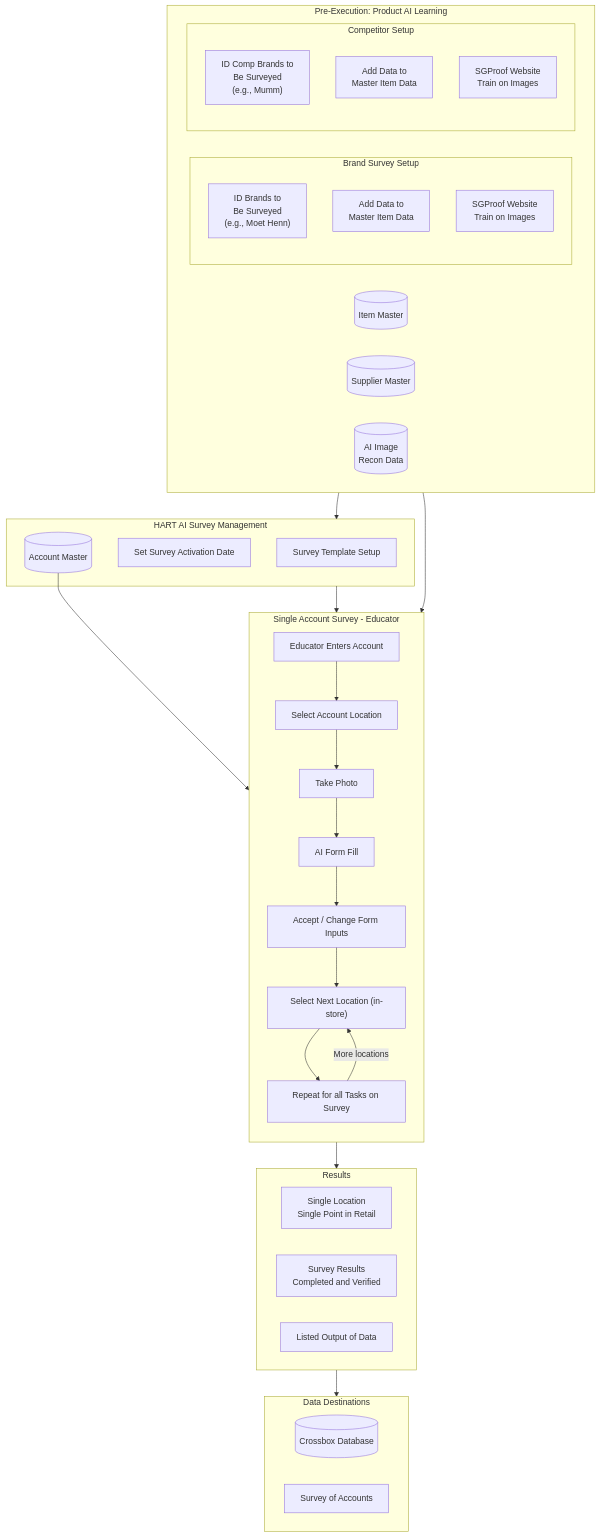
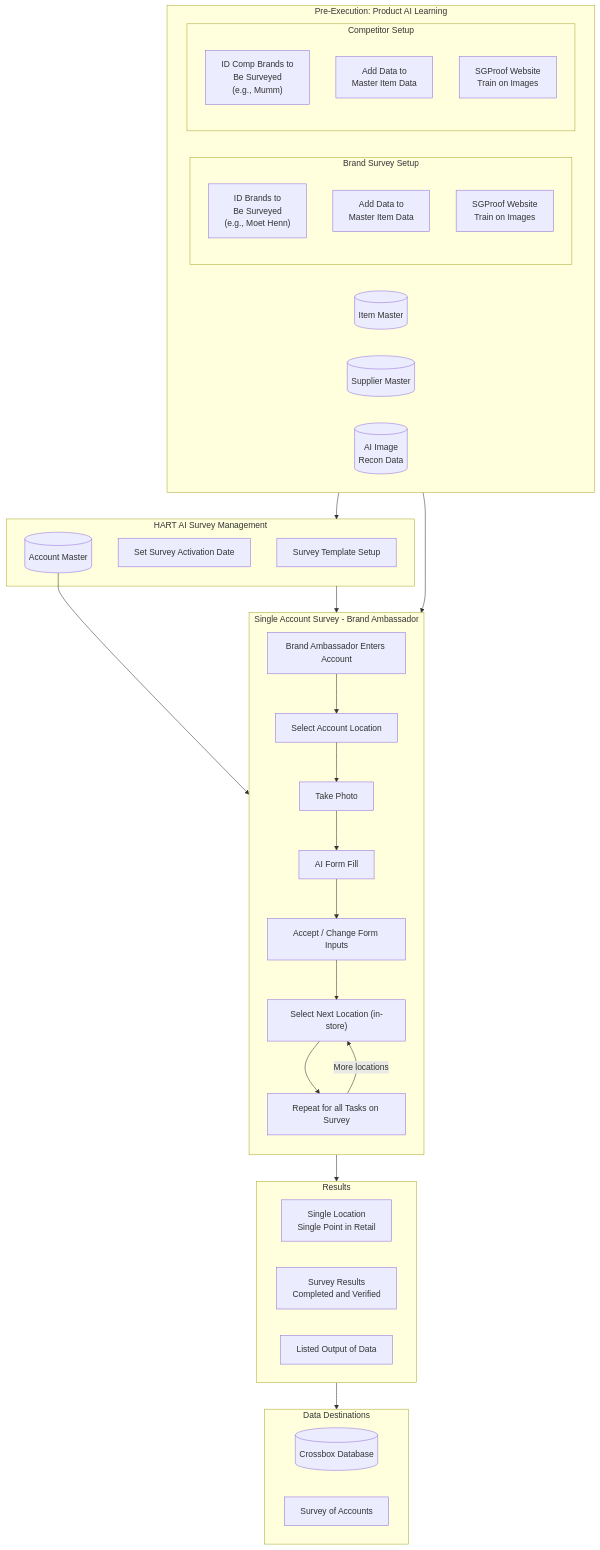
One commit to rafaeelricco/Hartopsprototype changed the fourth of 15 diagrams in docs/for-llms/hart-sharepoint/tech-vision-diagram.md. Above: the diagram before and after it, drawn with Mermaid. The commit also changed other lines of this file and 15 other files, not shown here.

````diff
--- a/docs/for-llms/hart-sharepoint/tech-vision-diagram.md
+++ b/docs/for-llms/hart-sharepoint/tech-vision-diagram.md
@@ -172,56 +172,56 @@
 ```mermaid
 flowchart TB
     subgraph PRE_EXECUTION["Pre-Execution: Product AI Learning"]
         direction LR
         subgraph BRAND_SURVEY["Brand Survey Setup"]
             ID_BRANDS["ID Brands to<br/>Be Surveyed<br/>(e.g., Moet Henn)"]
             ADD_MASTER["Add Data to<br/>Master Item Data"]
             SGPROOF1["SGProof Website<br/>Train on Images"]
         end
         subgraph COMP_SURVEY["Competitor Setup"]
             ID_COMP["ID Comp Brands to<br/>Be Surveyed<br/>(e.g., Mumm)"]
             ADD_COMP["Add Data to<br/>Master Item Data"]
             SGPROOF2["SGProof Website<br/>Train on Images"]
         end
         ITEM_MASTER[("Item Master")]
         SUPPLIER_MASTER[("Supplier Master")]
         AI_RECON1[("AI Image<br/>Recon Data")]
     end
 
     subgraph SURVEY_MGMT["HART AI Survey Management"]
         SETUP["Survey Template Setup"]
         SET_DATE["Set Survey Activation Date"]
         ACCT_MASTER[("Account Master")]
     end
 
-    subgraph EDUCATOR_FLOW["Single Account Survey - Educator"]
+    subgraph EDUCATOR_FLOW["Single Account Survey - Brand Ambassador"]
         direction TB
-        E1["Educator Enters Account"]
+        E1["Brand Ambassador Enters Account"]
         E2["Select Account Location"]
         E3["Take Photo"]
         E4["AI Form Fill"]
         E5["Accept / Change Form Inputs"]
         E6["Select Next Location (in-store)"]
         E7["Repeat for all Tasks on Survey"]
     end
 
     subgraph RESULTS["Results"]
         SINGLE["Single Location<br/>Single Point in Retail"]
         VERIFIED["Survey Results<br/>Completed and Verified"]
         OUTPUT["Listed Output of Data"]
     end
 
     subgraph DOWNSTREAM["Data Destinations"]
         CROSSBOX[("Crossbox Database")]
         SURVEY_DATA["Survey of Accounts"]
     end
 
     PRE_EXECUTION --> SURVEY_MGMT
     SURVEY_MGMT --> EDUCATOR_FLOW
     E1 --> E2 --> E3 --> E4 --> E5 --> E6 --> E7
     E7 -->|"More locations"| E6
     EDUCATOR_FLOW --> RESULTS
     RESULTS --> DOWNSTREAM
     AI_RECON1 --> E4
     ACCT_MASTER --> E2
 ```
````
